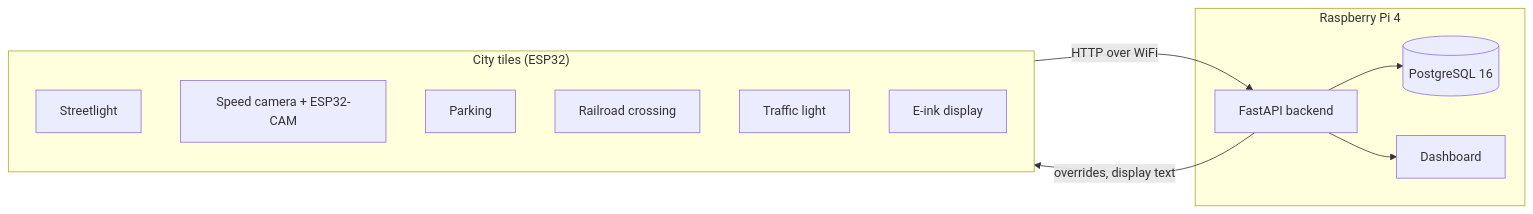
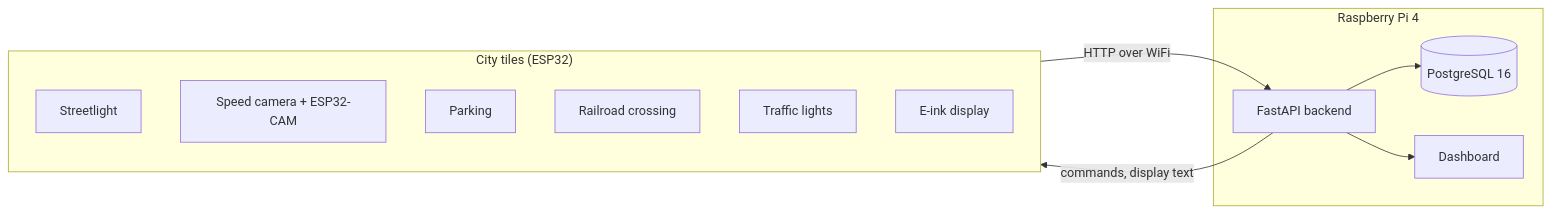
Before and after one commit to guruITA/smart-city-sim: the diagram in README.md, drawn with Mermaid. The commit also changed other lines of this file, not shown here.

````diff
--- a/README.md
+++ b/README.md
@@ -45,20 +28,20 @@
 ```mermaid
 flowchart LR
     subgraph Tiles["City tiles (ESP32)"]
         S[Streetlight]
         C[Speed camera + ESP32-CAM]
         P[Parking]
         R[Railroad crossing]
-        T[Traffic light]
+        T[Traffic lights]
         E[E-ink display]
     end
     subgraph Pi["Raspberry Pi 4"]
         API[FastAPI backend]
         DB[(PostgreSQL 16)]
         D[Dashboard]
     end
     Tiles -- "HTTP over WiFi" --> API
     API --> DB
     API --> D
-    API -- "overrides, display text" --> Tiles
+    API -- "commands, display text" --> Tiles
 ```
````
